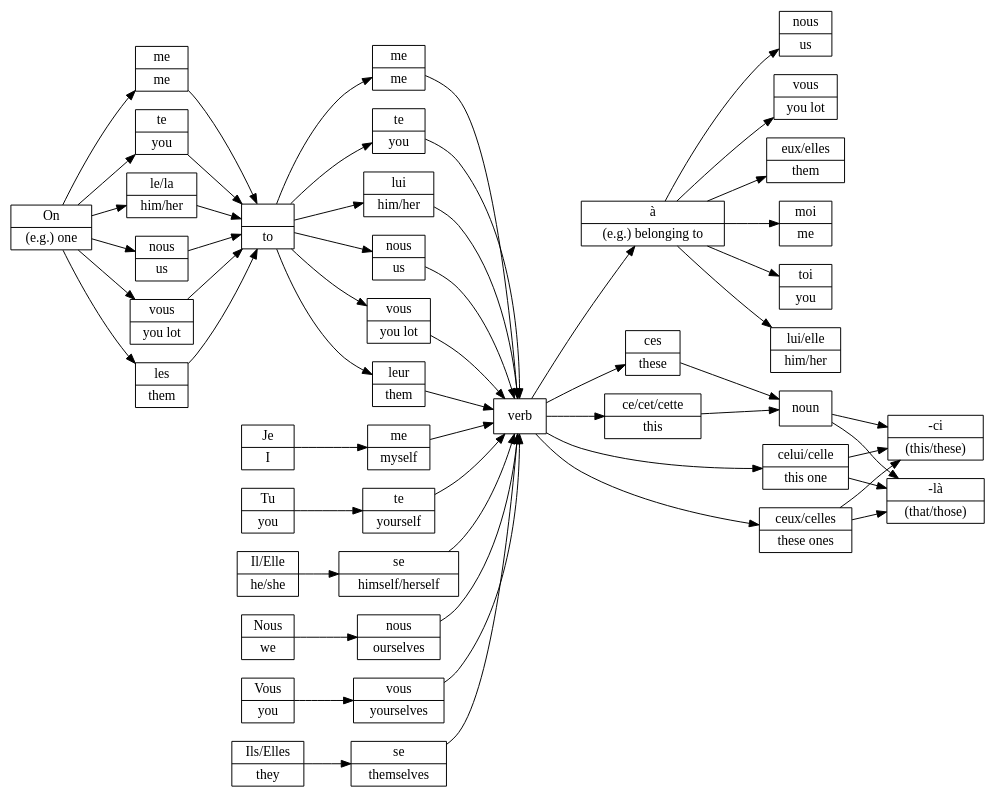
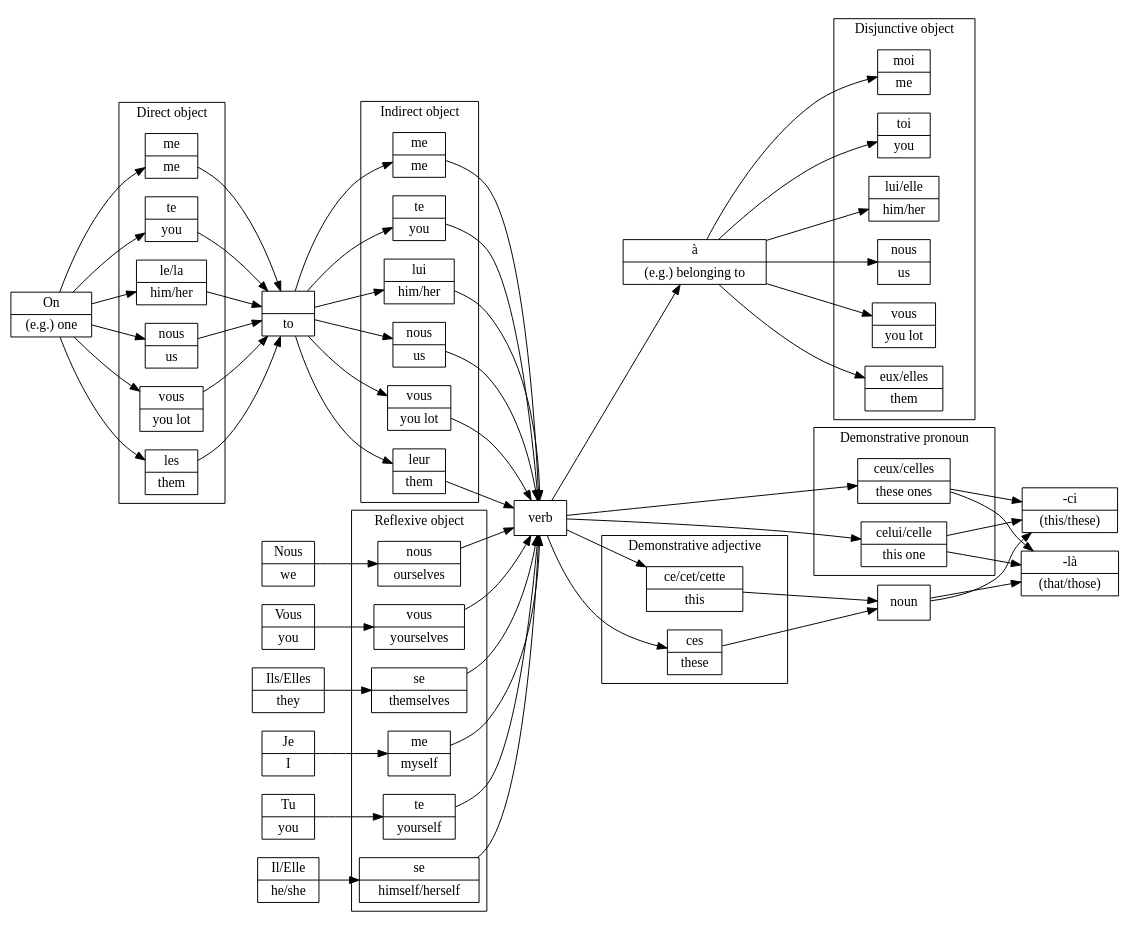
The diagram in pronouns.dot (pgarner/french), drawn with Graphviz before and after one commit.

Commit message:
Subgraphs!

```diff
--- a/pronouns.dot
+++ b/pronouns.dot
@@ -1,121 +1,140 @@
 #
 # French pronoun graph
 # Based on http://www.frenchlanguageguide.com/grammar/pronouns.asp
 #
 # dot is the only one that makes sense for this one
 #
 
 digraph verbs {
   node [shape=record];
   rankdir=LR;
 
   on [label="{On}|{(e.g.) one}"];
 
   # Direct
-  d_me [label="{me}|{me}"];
-  d_te [label="{te}|{you}"];
-  d_le [label="{le/la}|{him/her}"];
-  d_nous [label="{nous}|{us}"];
-  d_vous [label="{vous}|{you lot}"];
-  d_les [label="{les}|{them}"];
+  subgraph cluster_d {
+    label="Direct object";
+    d_me [label="{me}|{me}"];
+    d_te [label="{te}|{you}"];
+    d_le [label="{le/la}|{him/her}"];
+    d_nous [label="{nous}|{us}"];
+    d_vous [label="{vous}|{you lot}"];
+    d_les [label="{les}|{them}"];
+  }
   to [label="{}|{to}"];
    on -> d_me
    d_me -> to
    on -> d_te
    d_te -> to
    on -> d_le
    d_le -> to
    on -> d_nous
    d_nous -> to
    on -> d_vous
    d_vous -> to
    on -> d_les
    d_les -> to
 
   # Indirect
-  i_me [label="{me}|{me}"];
-  i_te [label="{te}|{you}"];
-  i_lui [label="{lui}|{him/her}"];
-  i_nous [label="{nous}|{us}"];
-  i_vous [label="{vous}|{you lot}"];
-  i_leur [label="{leur}|{them}"];
+  subgraph cluster_i {
+    label="Indirect object";
+    i_me [label="{me}|{me}"];
+    i_te [label="{te}|{you}"];
+    i_lui [label="{lui}|{him/her}"];
+    i_nous [label="{nous}|{us}"];
+    i_vous [label="{vous}|{you lot}"];
+    i_leur [label="{leur}|{them}"];
+  }
   verb [label="verb"];
    to -> i_me
    i_me -> verb
    to -> i_te
    i_te -> verb
    to -> i_lui
    i_lui -> verb
    to -> i_nous
    i_nous -> verb
    to -> i_vous
    i_vous -> verb
    to -> i_leur
    i_leur -> verb
 
   # Reflexive
   je [label="{Je}|{I}"];
-  r_me [label="{me}|{myself}"];
+  tu [label="{Tu}|{you}"];
+  il [label="{Il/Elle}|{he/she}"];
+  nous [label="{Nous}|{we}"];
+  vous [label="{Vous}|{you}"];
+  ils [label="{Ils/Elles}|{they}"];
+  subgraph cluster_r {
+    label="Reflexive object";
+    r_me [label="{me}|{myself}"];
+    r_te [label="{te}|{yourself}"];
+    r_se [label="{se}|{himself/herself}"];
+    r_nous [label="{nous}|{ourselves}"];
+    r_vous [label="{vous}|{yourselves}"];
+    r_pse [label="{se}|{themselves}"];
+  }
    je -> r_me
-  tu [label="{Tu}|{you}"];
-  r_te [label="{te}|{yourself}"];
    tu -> r_te
-  il [label="{Il/Elle}|{he/she}"];
-  r_se [label="{se}|{himself/herself}"];
    il -> r_se
-  nous [label="{Nous}|{we}"];
-  r_nous [label="{nous}|{ourselves}"];
    nous -> r_nous
-  vous [label="{Vous}|{you}"];
-  r_vous [label="{vous}|{yourselves}"];
    vous -> r_vous
-  ils [label="{Ils/Elles}|{they}"];
-  r_pse [label="{se}|{themselves}"];
    ils -> r_pse
+
    r_me -> verb
    r_te -> verb
    r_se -> verb
    r_nous -> verb
    r_vous -> verb
    r_pse -> verb   
 
   a [label="{à}|{(e.g.) belonging to}"]
    verb -> a
 
   # Disjunctive
+  subgraph cluster_dj {
+    label="Disjunctive object";
   dj_moi [label="{moi}|{me}"];
   dj_toi [label="{toi}|{you}"];
   dj_lui [label="{lui/elle}|{him/her}"];
   dj_nous [label="{nous}|{us}"];
   dj_vous [label="{vous}|{you lot}"];
   dj_eux [label="{eux/elles}|{them}"];
+}
    a -> dj_moi
    a -> dj_toi
    a -> dj_lui
    a -> dj_nous
    a -> dj_vous
    a -> dj_eux
 
   # Demonstrative adjectives
-  da_ce [label="{ce/cet/cette}|{this}"];
-  da_ces [label="{ces}|{these}"];
+  subgraph cluster_da {
+    label="Demonstrative adjective";
+    da_ce [label="{ce/cet/cette}|{this}"];
+    da_ces [label="{ces}|{these}"];
+  }
   noun [label="noun"];
    da_ce -> noun
    da_ces -> noun
    verb -> da_ce
    verb -> da_ces
   ci [label="{-ci}|{(this/these)}"];
   là [label="{-là}|{(that/those)}"];
    noun -> ci
    noun -> là
 
   # Demonstrative pronouns
-  dp_celui [label="{celui/celle}|{this one}"];
-  dp_ceux [label="{ceux/celles}|{these ones}"];
+  subgraph cluster_dp {
+    label="Demonstrative pronoun";
+    dp_celui [label="{celui/celle}|{this one}"];
+    dp_ceux [label="{ceux/celles}|{these ones}"];
+  }
    dp_celui -> ci
    dp_celui -> là
    dp_ceux -> ci
    dp_ceux -> là
    verb -> dp_celui
    verb -> dp_ceux
 }
```
